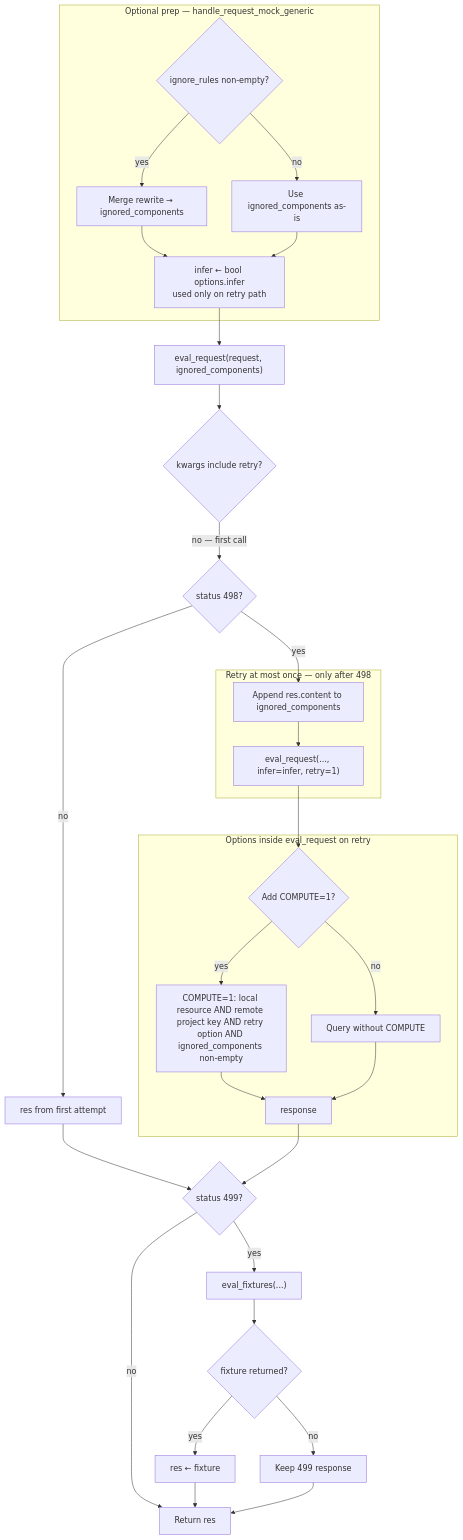
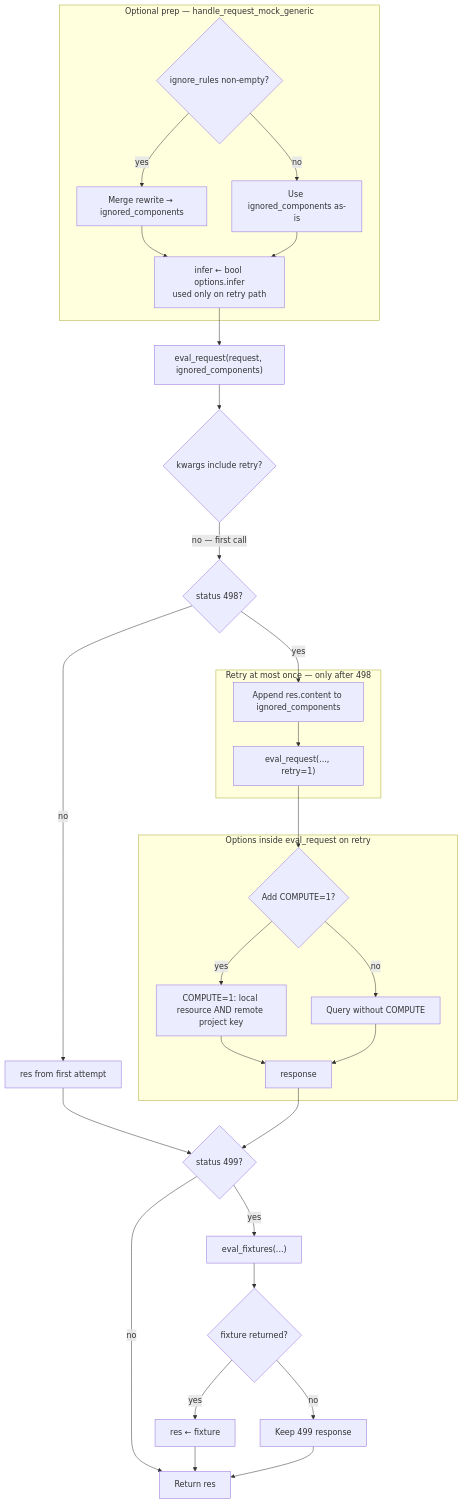
The first of 2 diagrams in docs/mock-request-matching.md (Stoobly/stoobly-agent), drawn with Mermaid before and after one commit.

Commit message:
Simplify diagram

````diff
--- a/docs/mock-request-matching.md
+++ b/docs/mock-request-matching.md
@@ -21,49 +21,49 @@
 ```mermaid
 flowchart TB
   subgraph prep [Optional prep — handle_request_mock_generic]
     IG{ignore_rules non-empty?}
     IG -->|yes| MERGE[Merge rewrite → ignored_components]
     IG -->|no| IG0[Use ignored_components as-is]
     MERGE --> INIT
     IG0 --> INIT
     INIT["infer ← bool options.infer<br/>used only on retry path"]
   end
 
   INIT --> E1["eval_request(request, ignored_components)"]
 
   E1 --> K1{kwargs include retry?}
   K1 -->|no — first call| D498{status 498?}
 
   subgraph retry_once [Retry at most once — only after 498]
     APP[Append res.content to ignored_components]
-    E2["eval_request(..., infer=infer, retry=1)"]
+    E2["eval_request(..., retry=1)"]
     APP --> E2
   end
 
   subgraph opt_retry [Options inside eval_request on retry]
     CP{Add COMPUTE=1?}
-    CP -->|yes| WCOMP["COMPUTE=1: local resource AND remote project key AND retry option AND ignored_components non-empty"]
+    CP -->|yes| WCOMP["COMPUTE=1: local resource AND remote project key"]
     CP -->|no| NOCOMP[Query without COMPUTE]
     WCOMP --> RES2[response]
     NOCOMP --> RES2
   end
 
   E2 --> CP
 
   D498 -->|yes| APP
   D498 -->|no| RES1[res from first attempt]
 
   RES1 --> D499
   RES2 --> D499
 
   D499{status 499?}
 
   D499 -->|yes| EF["eval_fixtures(...)"]
   D499 -->|no| OUT[Return res]
 
   EF --> FX{fixture returned?}
   FX -->|yes| USEFX[res ← fixture]
   FX -->|no| KEEP499[Keep 499 response]
   USEFX --> OUT
   KEEP499 --> OUT
 ```
````
